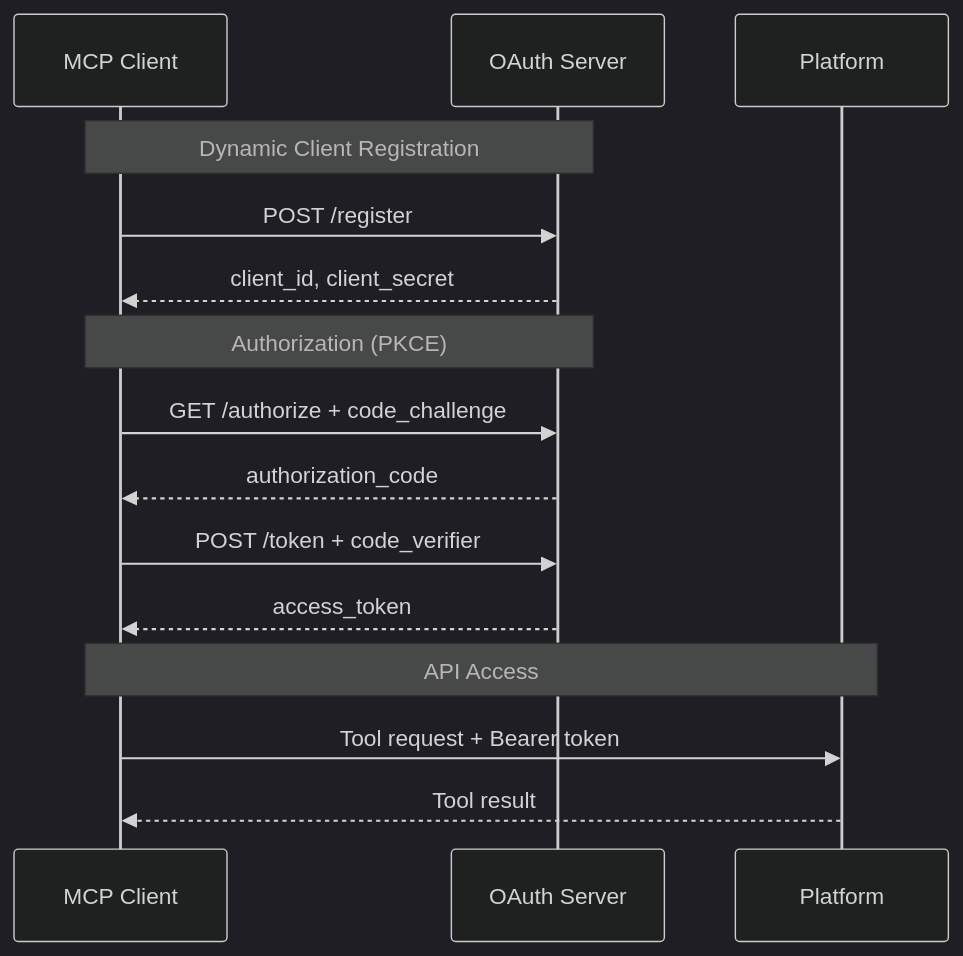
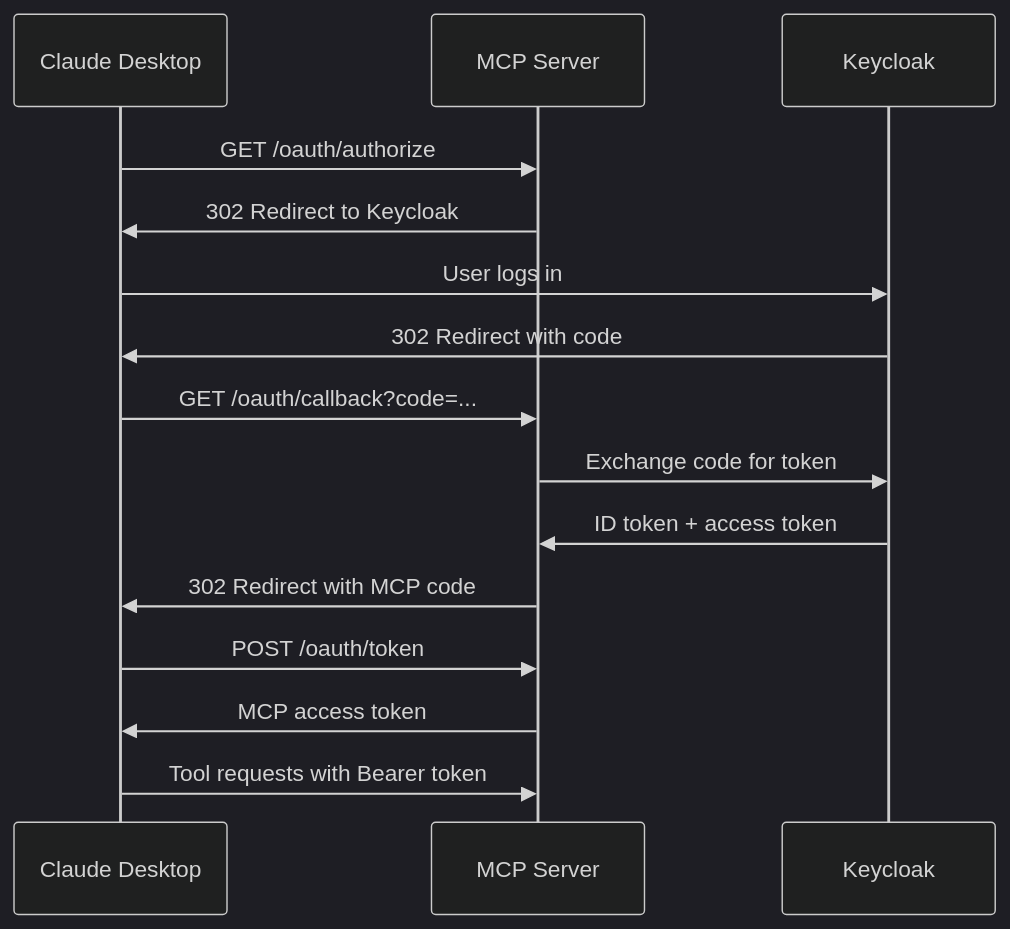
The diagram in docs/auth/oauth-server.md (txn2/mcp-data-platform), drawn with Mermaid (dark theme) before and after one commit. The commit also changed other lines of this file, not shown here.

Commit message:
Revise OAuth server documentation to focus on Claude Desktop integration and simplify configuration explanation.

````diff
--- a/docs/auth/oauth-server.md
+++ b/docs/auth/oauth-server.md
@@ -37,21 +18,18 @@
 ```mermaid
 sequenceDiagram
-    participant C as MCP Client
-    participant O as OAuth Server
-    participant P as Platform
+    participant CD as Claude Desktop
+    participant MCP as MCP Server
+    participant KC as Keycloak
 
-    Note over C,O: Dynamic Client Registration
-    C->>O: POST /register
-    O-->>C: client_id, client_secret
-
-    Note over C,O: Authorization (PKCE)
-    C->>O: GET /authorize + code_challenge
-    O-->>C: authorization_code
-
-    C->>O: POST /token + code_verifier
-    O-->>C: access_token
-
-    Note over C,P: API Access
-    C->>P: Tool request + Bearer token
-    P-->>C: Tool result
+    CD->>MCP: GET /oauth/authorize
+    MCP->>CD: 302 Redirect to Keycloak
+    CD->>KC: User logs in
+    KC->>CD: 302 Redirect with code
+    CD->>MCP: GET /oauth/callback?code=...
+    MCP->>KC: Exchange code for token
+    KC->>MCP: ID token + access token
+    MCP->>CD: 302 Redirect with MCP code
+    CD->>MCP: POST /oauth/token
+    MCP->>CD: MCP access token
+    CD->>MCP: Tool requests with Bearer token
 ```
````
